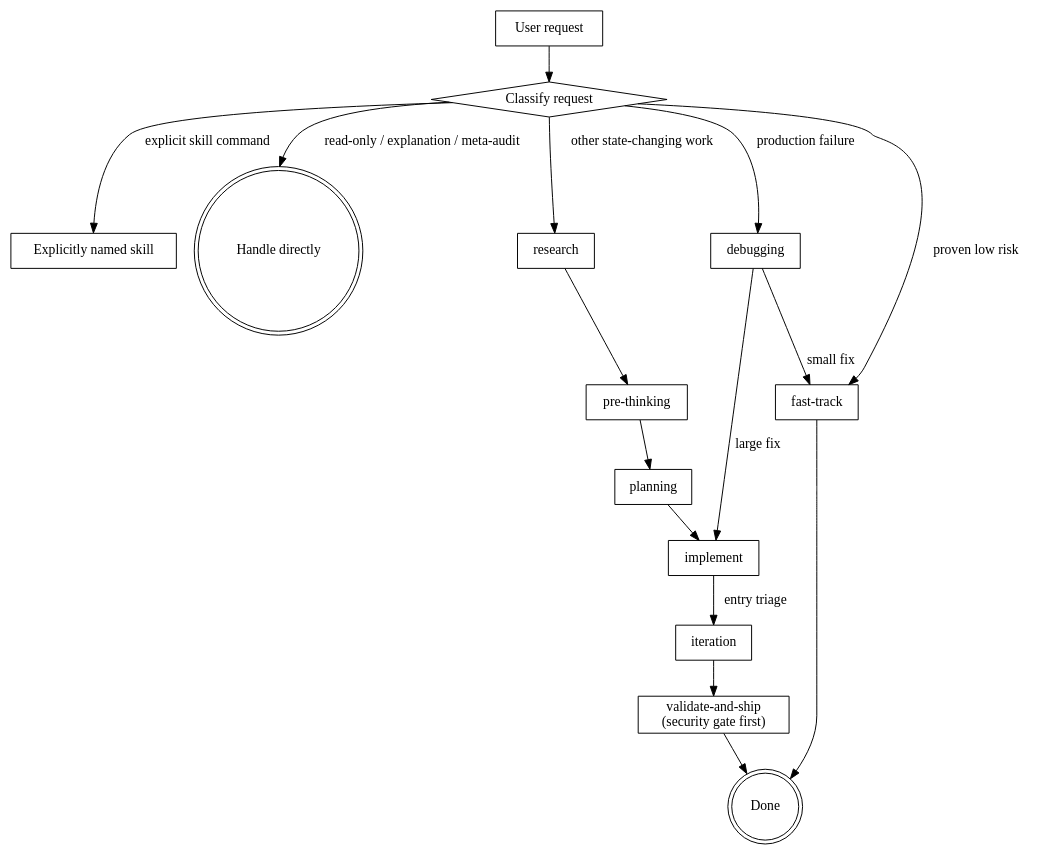
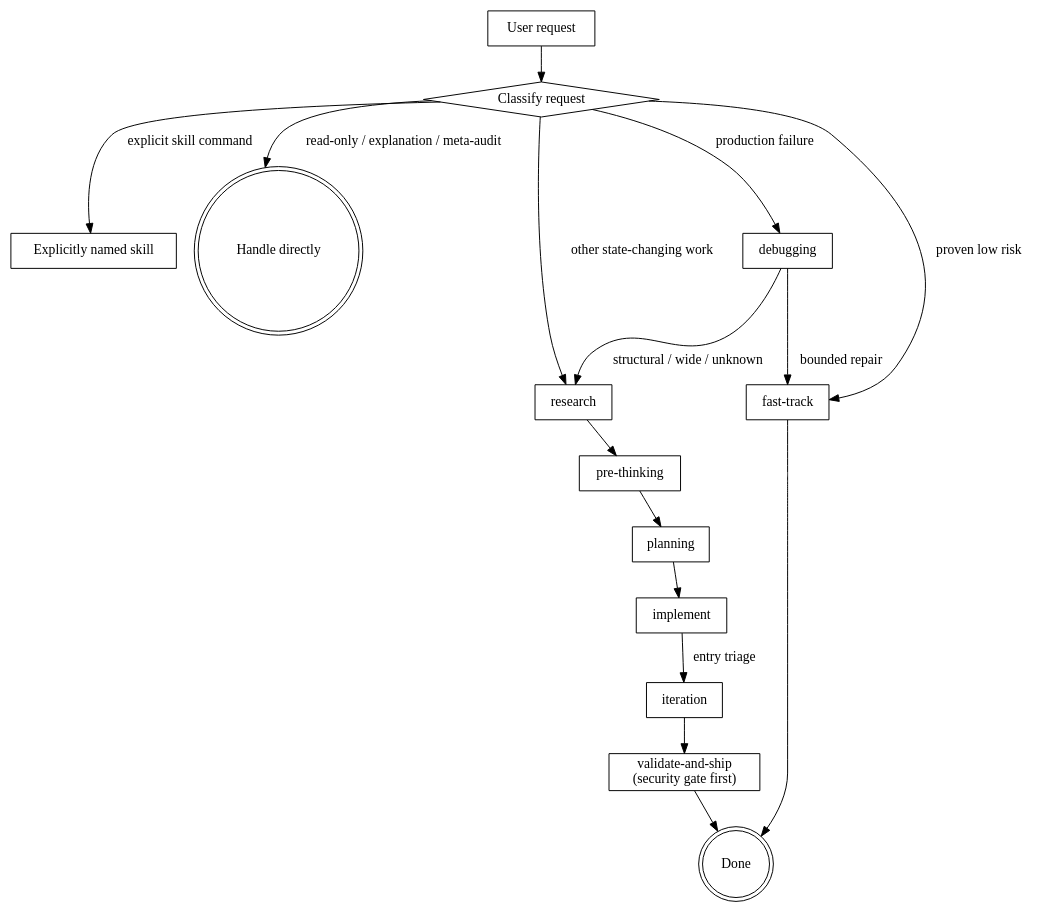
One commit to roymondliao/samsara changed the diagram in skills/samsara-bootstrap/SKILL.md. Above: the diagram before and after it, drawn with Graphviz. The commit also changed other lines of this file and 17 other files, not shown here.

````diff
--- a/skills/samsara-bootstrap/SKILL.md
+++ b/skills/samsara-bootstrap/SKILL.md
@@ -92,37 +95,37 @@
 ```dot
 digraph samsara_routing {
     rankdir=TB;
     node [shape=box];
 
     request [label="User request"];
     classify [label="Classify request" shape=diamond];
     named [label="Explicitly named skill"];
     direct [label="Handle directly" shape=doublecircle];
     research [label="research"];
     prethinking [label="pre-thinking"];
     planning [label="planning"];
     implement [label="implement"];
     iteration [label="iteration"];
     validate [label="validate-and-ship\n(security gate first)"];
     fasttrack [label="fast-track"];
     debugging [label="debugging"];
     done [label="Done" shape=doublecircle];
 
     request -> classify;
     classify -> named [label="explicit skill command"];
     classify -> direct [label="read-only / explanation / meta-audit"];
     classify -> debugging [label="production failure"];
     classify -> fasttrack [label="proven low risk"];
     classify -> research [label="other state-changing work"];
 
     research -> prethinking;
     prethinking -> planning;
     planning -> implement;
     implement -> iteration [label="entry triage"];
     iteration -> validate;
     validate -> done;
     fasttrack -> done;
-    debugging -> fasttrack [label="small fix"];
-    debugging -> implement [label="large fix"];
+    debugging -> fasttrack [label="bounded repair"];
+    debugging -> research [label="structural / wide / unknown"];
 }
 ```
````
